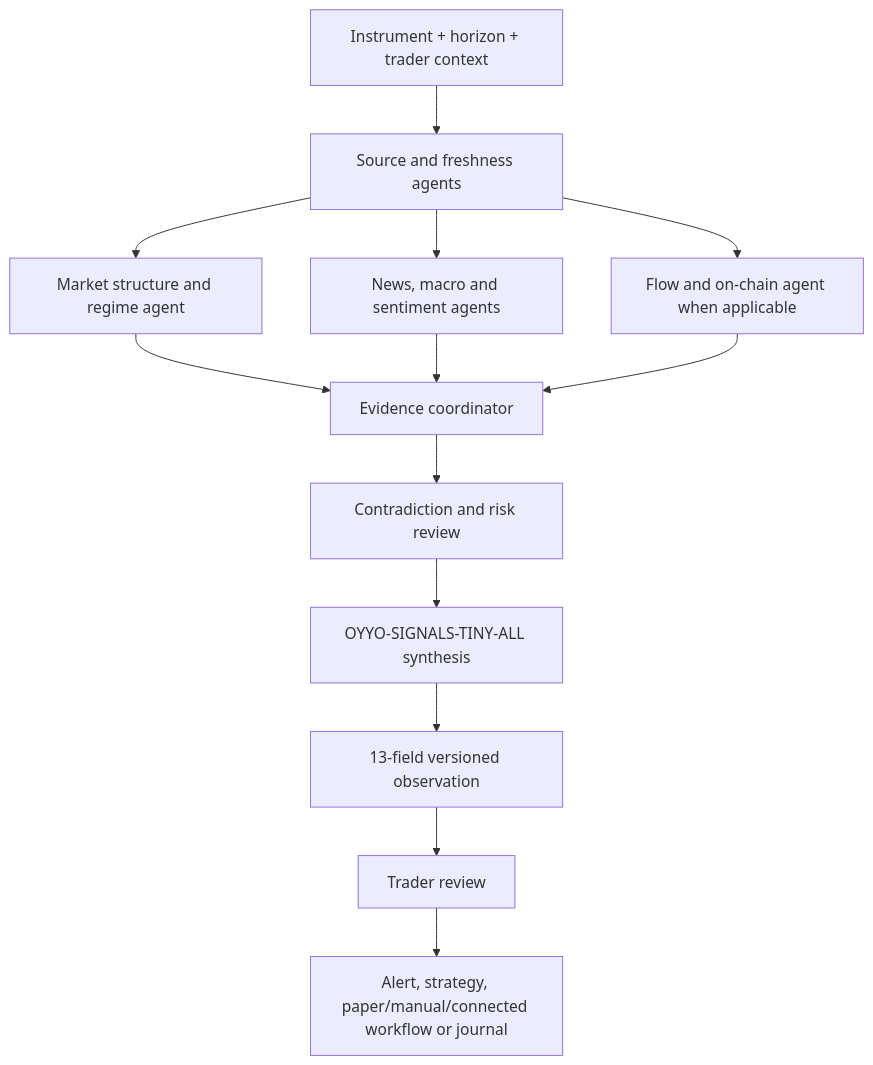
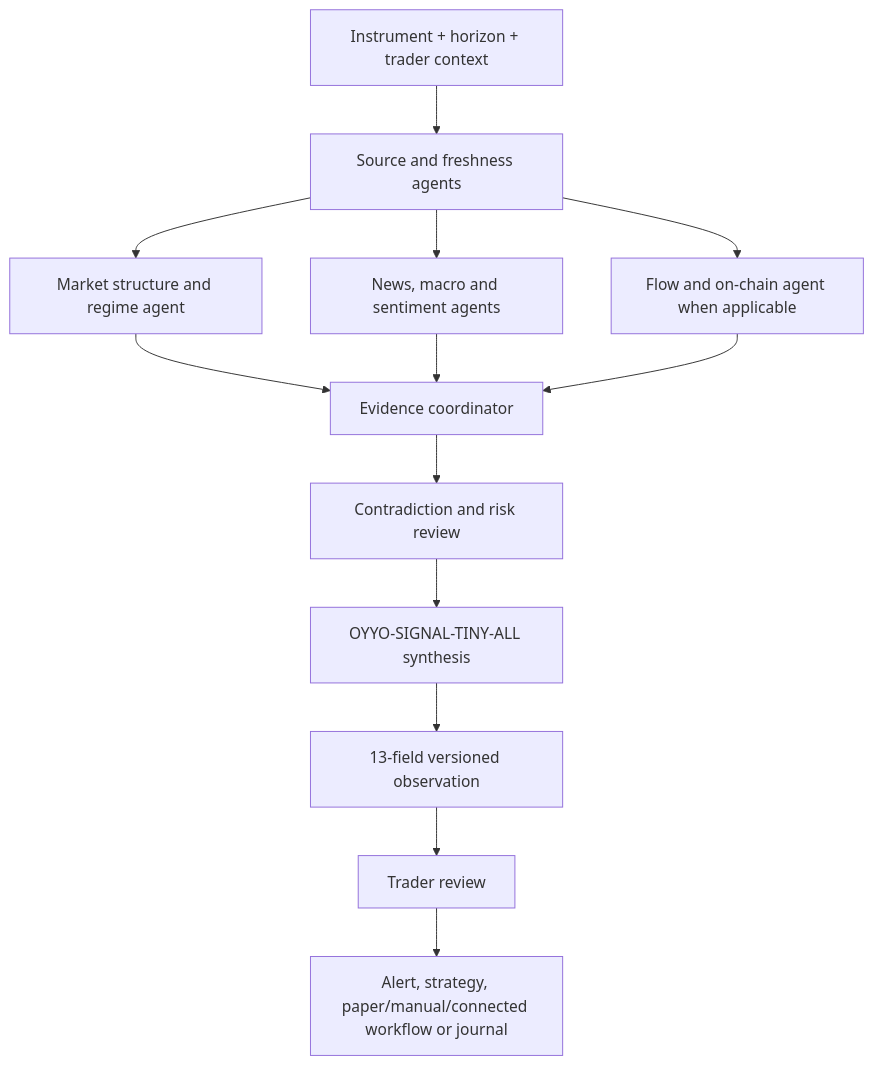
Before and after one commit to vpicciuolo/oyyo-models: the first of 2 diagrams in model-cards/oyyo-signals-tiny-all.md, drawn with Mermaid. The commit also changed other lines of this file and 9 other files, not shown here.

Commit message:
docs: publish OYYO Signals local model release

````diff
--- a/model-cards/oyyo-signals-tiny-all.md
+++ b/model-cards/oyyo-signals-tiny-all.md
@@ -33,15 +35,15 @@
 ```mermaid
 flowchart TD
     U[Instrument + horizon + trader context] --> F[Source and freshness agents]
     F --> M[Market structure and regime agent]
     F --> N[News, macro and sentiment agents]
     F --> O[Flow and on-chain agent when applicable]
     M --> E[Evidence coordinator]
     N --> E
     O --> E
     E --> C[Contradiction and risk review]
-    C --> S[OYYO-SIGNALS-TINY-ALL synthesis]
+    C --> S[OYYO-SIGNAL-TINY-ALL synthesis]
     S --> V[13-field versioned observation]
     V --> R[Trader review]
     R --> A[Alert, strategy, paper/manual/connected workflow or journal]
 ```
````
